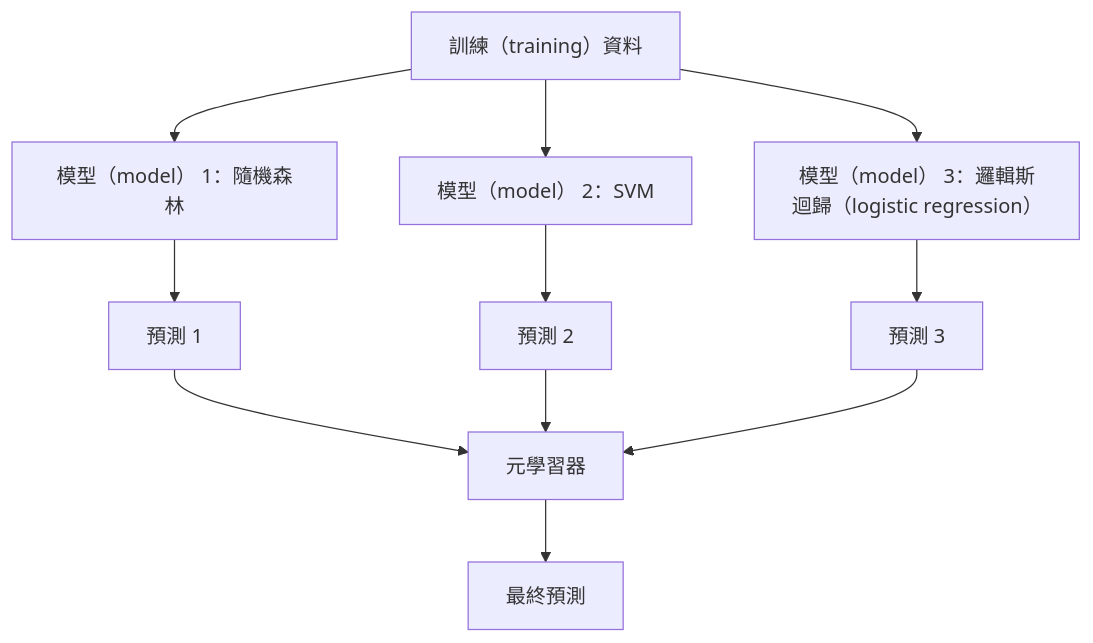
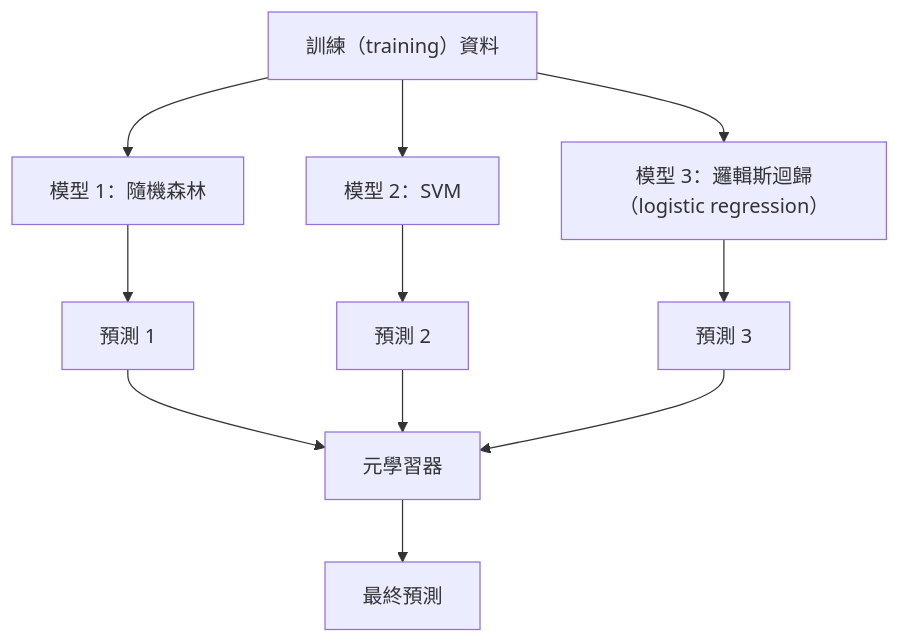
One commit to edward821220/ai-engineering-from-scratch changed the third of 3 diagrams in i18n/zh-TW/phases/02-ml-fundamentals/11-ensemble-methods/docs/zh-TW.md. Above: the diagram before and after it, drawn with Mermaid. The commit also changed other lines of this file and 123 other files, not shown here.

````diff
--- a/i18n/zh-TW/phases/02-ml-fundamentals/11-ensemble-methods/docs/zh-TW.md
+++ b/i18n/zh-TW/phases/02-ml-fundamentals/11-ensemble-methods/docs/zh-TW.md
@@ -156,16 +156,16 @@
 ```mermaid
 flowchart TD
-    D[訓練（training）資料] --> M1[模型（model） 1：隨機森林]
-    D --> M2[模型（model） 2：SVM]
-    D --> M3[模型（model） 3：邏輯斯迴歸（logistic regression）]
+    D[訓練（training）資料] --> M1[模型 1：隨機森林]
+    D --> M2[模型 2：SVM]
+    D --> M3[模型 3：邏輯斯迴歸（logistic regression）]
 
     M1 --> P1[預測 1]
     M2 --> P2[預測 2]
     M3 --> P3[預測 3]
 
     P1 --> META[元學習器]
     P2 --> META
     P3 --> META
 
     META --> F[最終預測]
 ```
````
